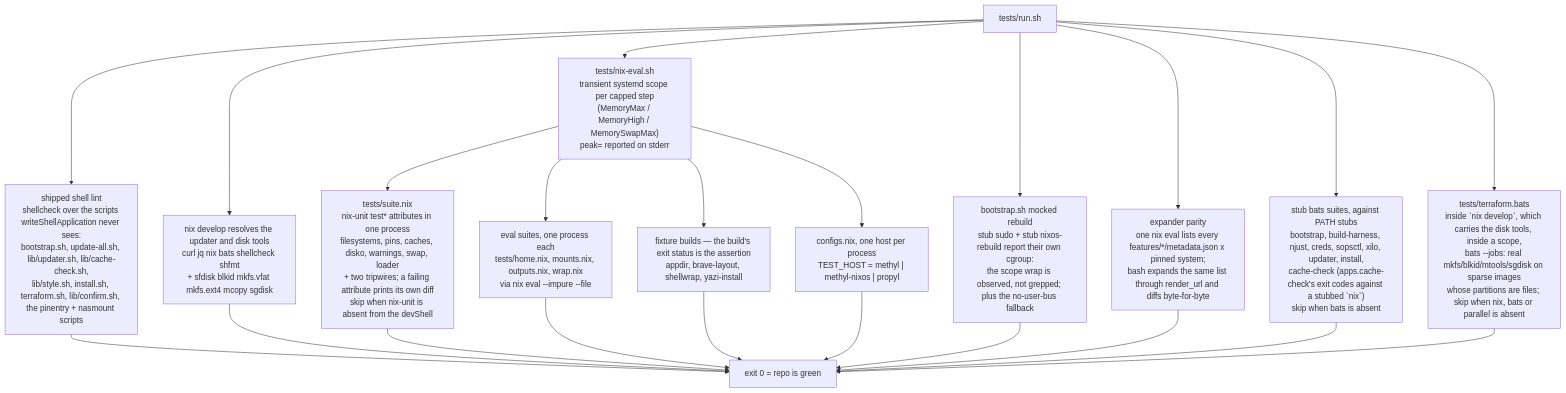
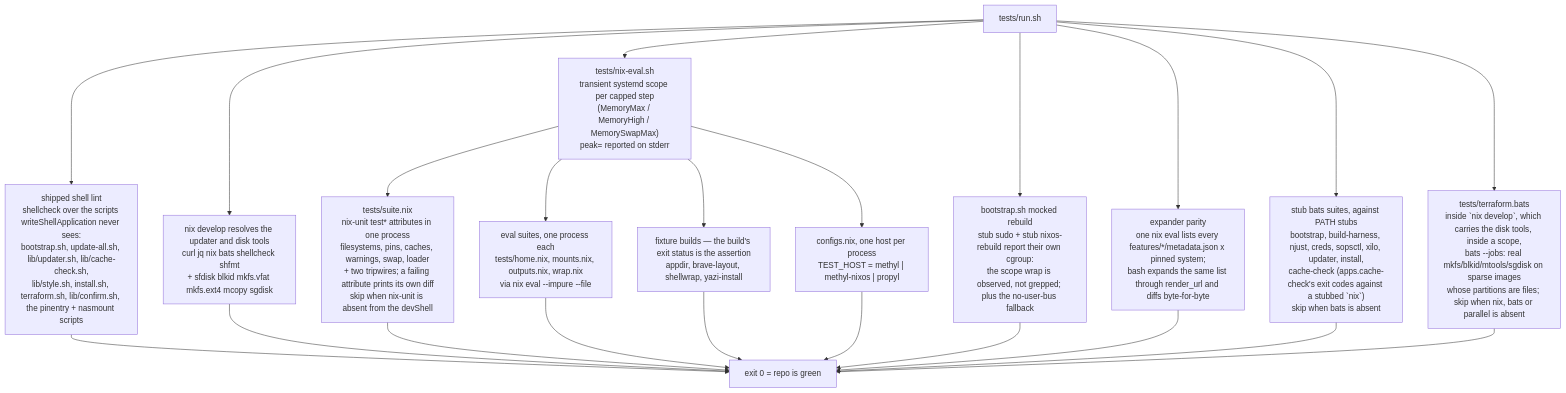
Before and after one commit to WombatFromHell/automatic-palm-tree: the first of 5 diagrams in TEST_DESIGN.md, drawn with Mermaid. The commit also changed other lines of this file and 10 other files, not shown here.

````diff
--- a/TEST_DESIGN.md
+++ b/TEST_DESIGN.md
@@ -28,24 +28,24 @@
 ```mermaid
 flowchart TD
   R["tests/run.sh"] --> N["tests/nix-eval.sh<br/>transient systemd scope per capped step<br/>(MemoryMax / MemoryHigh / MemorySwapMax)<br/>peak= reported on stderr"]
   R --> LN["shipped shell lint<br/>shellcheck over the scripts writeShellApplication never sees:<br/>bootstrap.sh, update-all.sh, lib/updater.sh, lib/cache-check.sh,<br/>lib/style.sh, install.sh, terraform.sh, lib/confirm.sh, the pinentry + nasmount scripts"]
   R --> DV["nix develop resolves the updater and disk tools<br/>curl jq nix bats shellcheck shfmt<br/>+ sfdisk blkid mkfs.vfat mkfs.ext4 mcopy sgdisk"]
-  N --> U["tests/suite.nix<br/>nix-unit test* attributes in one process<br/>filesystems, pins, caches, disko, warnings, swap, loader<br/>+ two tripwires; a failing attribute prints its own diff<br/>skip when nix-unit is absent from the devShell"]
+  N --> U["tests/suite.nix<br/>nix-unit test* attributes in one process<br/>filesystems, pins, caches, warnings, swap, loader<br/>+ two tripwires; a failing attribute prints its own diff<br/>skip when nix-unit is absent from the devShell"]
   N --> G["eval suites, one process each<br/>tests/home.nix, mounts.nix, outputs.nix, wrap.nix<br/>via nix eval --impure --file"]
   N --> B["fixture builds — the build's exit status is the assertion<br/>appdir, brave-layout, shellwrap, yazi-install"]
   N --> C["configs.nix, one host per process<br/>TEST_HOST = methyl | methyl-nixos | propyl"]
   R --> M["bootstrap.sh mocked rebuild<br/>stub sudo + stub nixos-rebuild report their own cgroup:<br/>the scope wrap is observed, not grepped; plus the no-user-bus fallback"]
   R --> P["expander parity<br/>one nix eval lists every features/*/metadata.json x pinned system;<br/>bash expands the same list through render_url and diffs byte-for-byte"]
   R --> I["stub bats suites, against PATH stubs<br/>bootstrap, build-harness, njust, creds, sopsctl, xilo, updater, install,<br/>cache-check (apps.cache-check's exit codes against a stubbed `nix`)<br/>skip when bats is absent"]
   R --> T["tests/terraform.bats<br/>inside `nix develop`, which carries the disk tools, inside a scope,<br/>bats --jobs: real mkfs/blkid/mtools/sgdisk on sparse images<br/>whose partitions are files; skip when nix, bats or parallel is absent"]
   LN --> X["exit 0 = repo is green"]
   DV --> X
   U --> X
   G --> X
   B --> X
   C --> X
   M --> X
   P --> X
   I --> X
   T --> X
 ```
````
